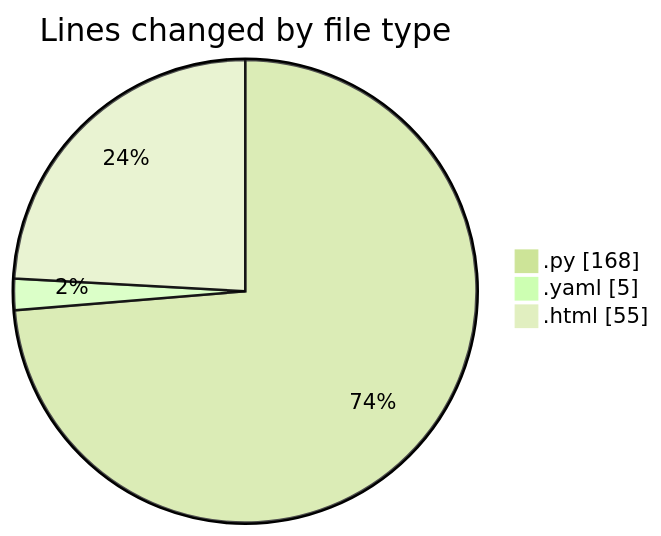
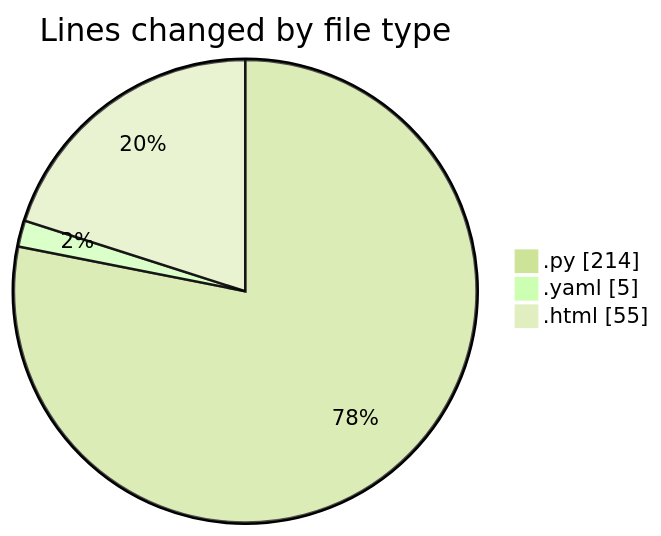
The first of 2 diagrams in 2025-06-26/webapp/README.md (Ritupan-Deka/code-tracking), drawn with Mermaid (forest theme) before and after one commit. The commit also changed other lines of this file and 1 other file, not shown here.

````diff
--- a/2025-06-26/webapp/README.md
+++ b/2025-06-26/webapp/README.md
@@ -25,7 +25,7 @@
 ```mermaid
 pie showData
 title Lines changed by file type
-".py" : 168
+".py" : 214
 ".yaml" : 5
 ".html" : 55
 ```
````
